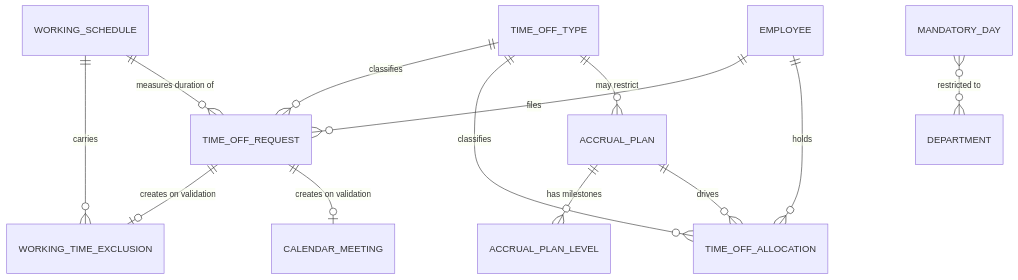
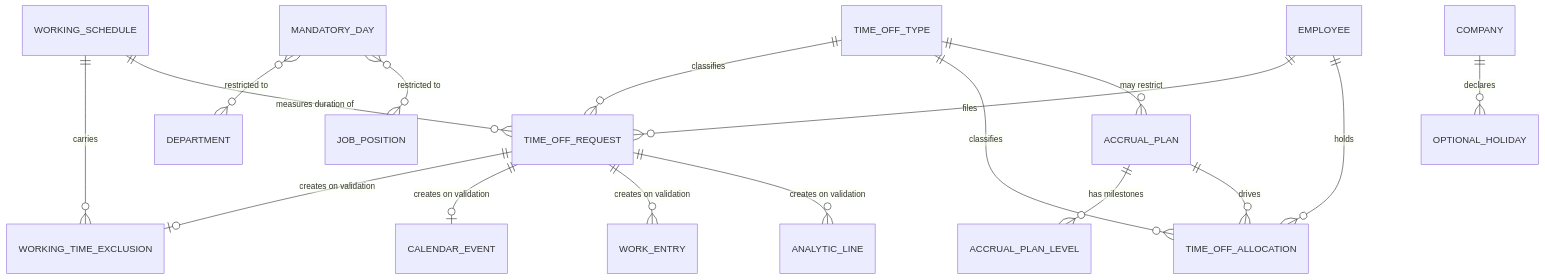
Before and after one commit to vast-development-method/odoo-doc: the diagram in docs/domains/time-off/entities.md, drawn with Mermaid. The commit also changed other lines of this file and 53 other files, not shown here.

````diff
--- a/docs/domains/time-off/entities.md
+++ b/docs/domains/time-off/entities.md
@@ -31,15 +90,19 @@
 ```mermaid
 erDiagram
     TIME_OFF_TYPE ||--o{ TIME_OFF_REQUEST : "classifies"
     TIME_OFF_TYPE ||--o{ TIME_OFF_ALLOCATION : "classifies"
     TIME_OFF_TYPE ||--o{ ACCRUAL_PLAN : "may restrict"
     ACCRUAL_PLAN ||--o{ ACCRUAL_PLAN_LEVEL : "has milestones"
     ACCRUAL_PLAN ||--o{ TIME_OFF_ALLOCATION : "drives"
     EMPLOYEE ||--o{ TIME_OFF_REQUEST : "files"
     EMPLOYEE ||--o{ TIME_OFF_ALLOCATION : "holds"
     TIME_OFF_REQUEST ||--o| WORKING_TIME_EXCLUSION : "creates on validation"
-    TIME_OFF_REQUEST ||--o| CALENDAR_MEETING : "creates on validation"
+    TIME_OFF_REQUEST ||--o| CALENDAR_EVENT : "creates on validation"
+    TIME_OFF_REQUEST ||--o{ WORK_ENTRY : "creates on validation"
+    TIME_OFF_REQUEST ||--o{ ANALYTIC_LINE : "creates on validation"
     WORKING_SCHEDULE ||--o{ WORKING_TIME_EXCLUSION : "carries"
     WORKING_SCHEDULE ||--o{ TIME_OFF_REQUEST : "measures duration of"
     MANDATORY_DAY }o--o{ DEPARTMENT : "restricted to"
+    MANDATORY_DAY }o--o{ JOB_POSITION : "restricted to"
+    COMPANY ||--o{ OPTIONAL_HOLIDAY : "declares"
 ```
````
